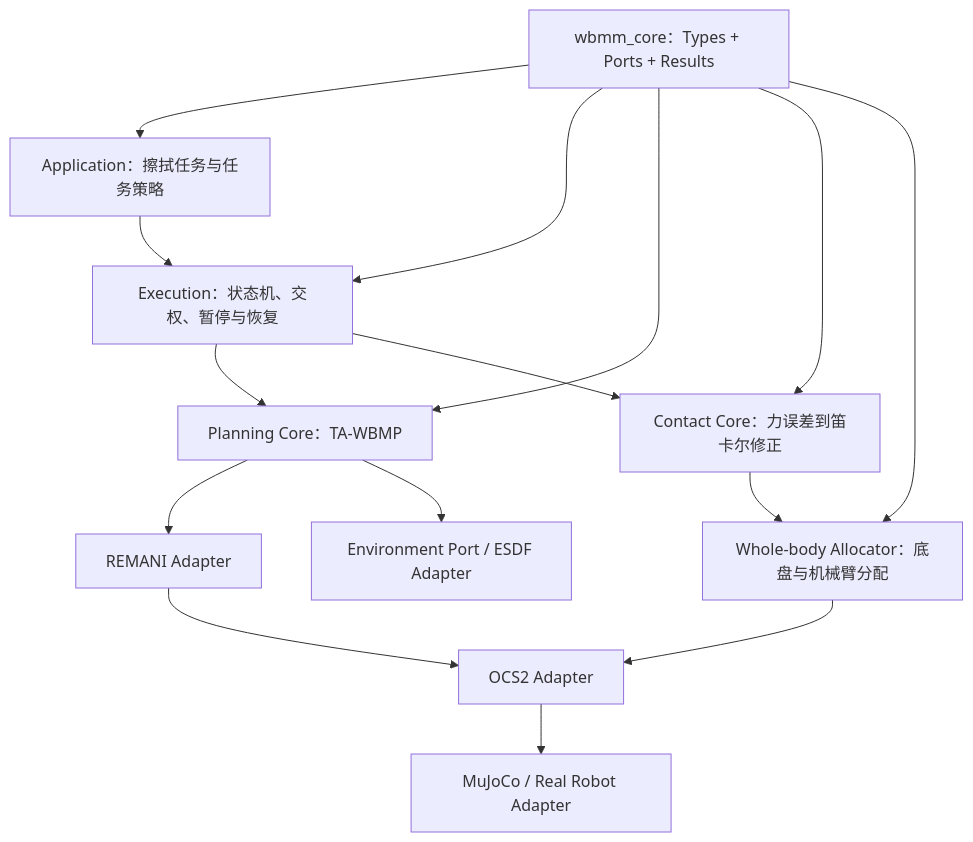
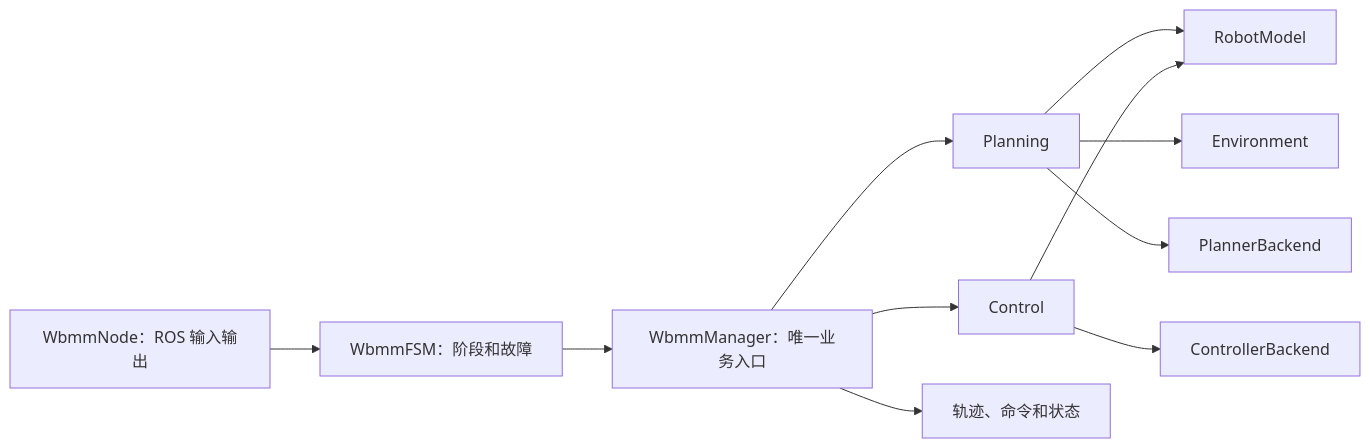
One commit to JinHeMu/WBMM changed the diagram in docs/WBMM重新架构与代码掌控计划.md. Above: the diagram before and after it, drawn with Mermaid. The commit also changed other lines of this file and 28 other files, not shown here.

Commit message:
feat: add WBMM core and simplified architecture

````diff
--- a/docs/WBMM重新架构与代码掌控计划.md
+++ b/docs/WBMM重新架构与代码掌控计划.md
@@ -69,18 +133,13 @@
 ```mermaid
-flowchart TD
-    APP["Application：擦拭任务与任务策略"] --> EXEC["Execution：状态机、交权、暂停与恢复"]
-    EXEC --> PLAN["Planning Core：TA-WBMP"]
-    EXEC --> CONTACT["Contact Core：力误差到笛卡尔修正"]
-    CONTACT --> ALLOC["Whole-body Allocator：底盘与机械臂分配"]
-    PLAN --> NAV["REMANI Adapter"]
-    PLAN --> ENV["Environment Port / ESDF Adapter"]
-    ALLOC --> TRACK["OCS2 Adapter"]
-    NAV --> TRACK
-    TRACK --> BACKEND["MuJoCo / Real Robot Adapter"]
-
-    CORE["wbmm_core：Types + Ports + Results"] --> APP
-    CORE --> EXEC
-    CORE --> PLAN
-    CORE --> CONTACT
-    CORE --> ALLOC
+flowchart LR
+    IO["WbmmNode：ROS 输入输出"] --> FSM["WbmmFSM：阶段和故障"]
+    FSM --> MANAGER["WbmmManager：唯一业务入口"]
+    MANAGER --> PLAN["Planning"]
+    MANAGER --> CTRL["Control"]
+    PLAN --> ROBOT["RobotModel"]
+    PLAN --> ENV["Environment"]
+    PLAN --> PBACK["PlannerBackend"]
+    CTRL --> ROBOT
+    CTRL --> CBACK["ControllerBackend"]
+    MANAGER --> OUT["轨迹、命令和状态"]
 ```
````
